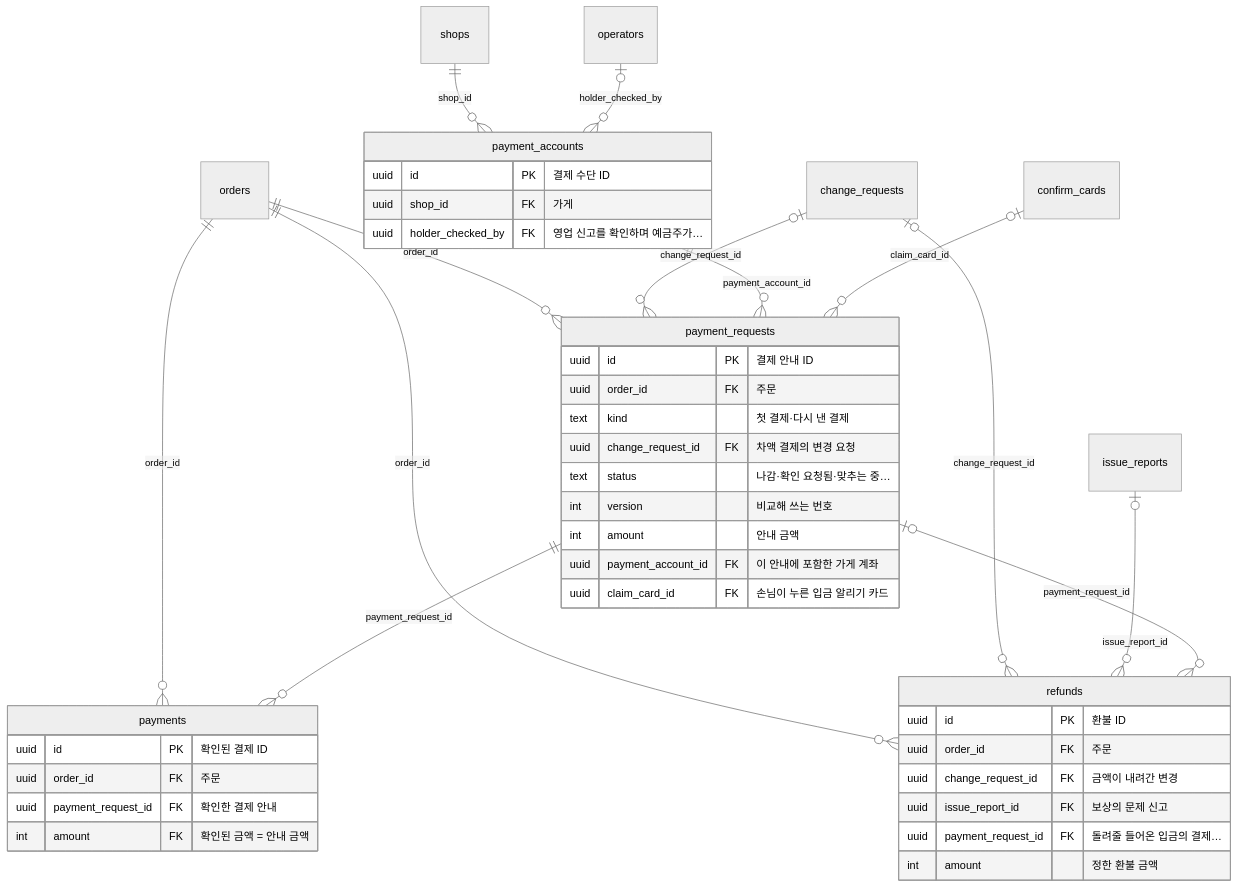
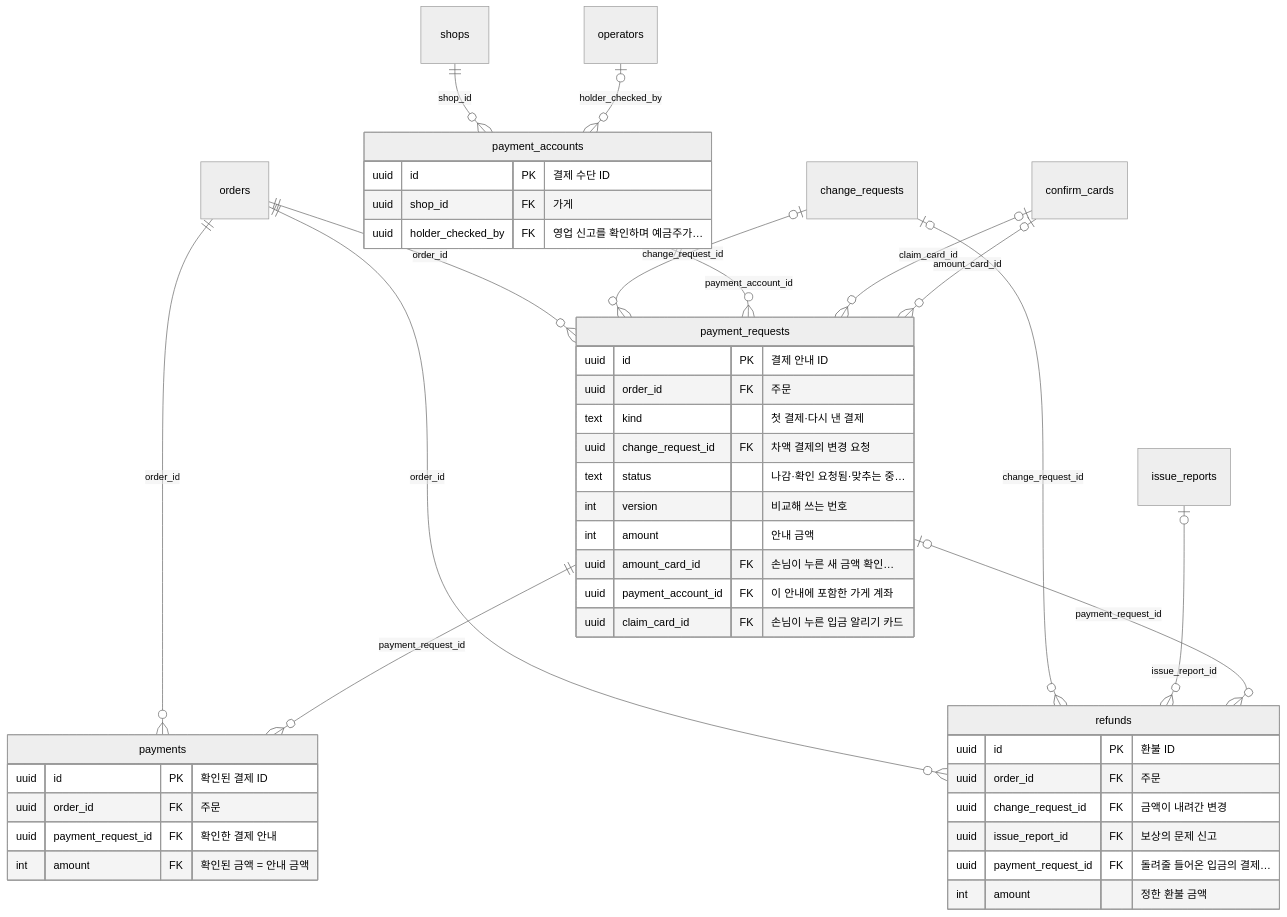
The fifth of 11 diagrams in docs/05-erd/README.md (kodonghui/siljang.ai), drawn with Mermaid (neutral theme) before and after one commit. The commit also changed other lines of this file and 63 other files, not shown here.

````diff
--- a/docs/05-erd/README.md
+++ b/docs/05-erd/README.md
@@ -427,45 +428,47 @@
 ```mermaid
 erDiagram
   payment_accounts {
     uuid id PK "결제 수단 ID"
     uuid shop_id FK "가게"
     uuid holder_checked_by FK "영업 신고를 확인하며 예금주가…"
   }
   payment_requests {
     uuid id PK "결제 안내 ID"
     uuid order_id FK "주문"
     text kind "첫 결제·다시 낸 결제"
     uuid change_request_id FK "차액 결제의 변경 요청"
     text status "나감·확인 요청됨·맞추는 중…"
     int version "비교해 쓰는 번호"
     int amount "안내 금액"
+    uuid amount_card_id FK "손님이 누른 새 금액 확인…"
     uuid payment_account_id FK "이 안내에 포함한 가게 계좌"
     uuid claim_card_id FK "손님이 누른 입금 알리기 카드"
   }
   payments {
     uuid id PK "확인된 결제 ID"
     uuid order_id FK "주문"
     uuid payment_request_id FK "확인한 결제 안내"
     int amount FK "확인된 금액 = 안내 금액"
   }
   refunds {
     uuid id PK "환불 ID"
     uuid order_id FK "주문"
     uuid change_request_id FK "금액이 내려간 변경"
     uuid issue_report_id FK "보상의 문제 신고"
     uuid payment_request_id FK "돌려줄 들어온 입금의 결제…"
     int amount "정한 환불 금액"
   }
   shops ||--o{ payment_accounts : "shop_id"
   operators |o--o{ payment_accounts : "holder_checked_by"
   orders ||--o{ payment_requests : "order_id"
   change_requests |o--o{ payment_requests : "change_request_id"
   payment_accounts ||--o{ payment_requests : "payment_account_id"
   confirm_cards |o--o{ payment_requests : "claim_card_id"
+  confirm_cards |o--o{ payment_requests : "amount_card_id"
   orders ||--o{ payments : "order_id"
   payment_requests ||--o{ payments : "payment_request_id"
   orders ||--o{ refunds : "order_id"
   change_requests |o--o{ refunds : "change_request_id"
   issue_reports |o--o{ refunds : "issue_report_id"
   payment_requests |o--o{ refunds : "payment_request_id"
 ```
````
